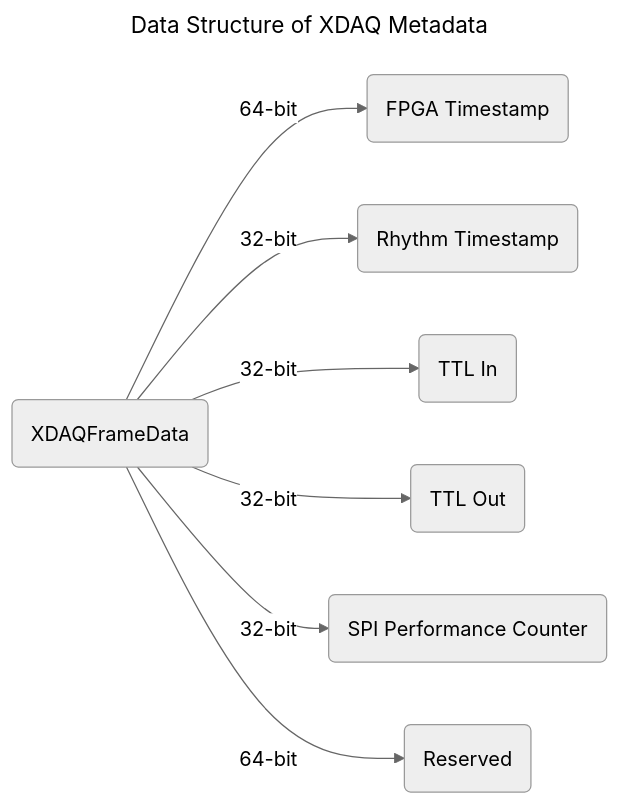
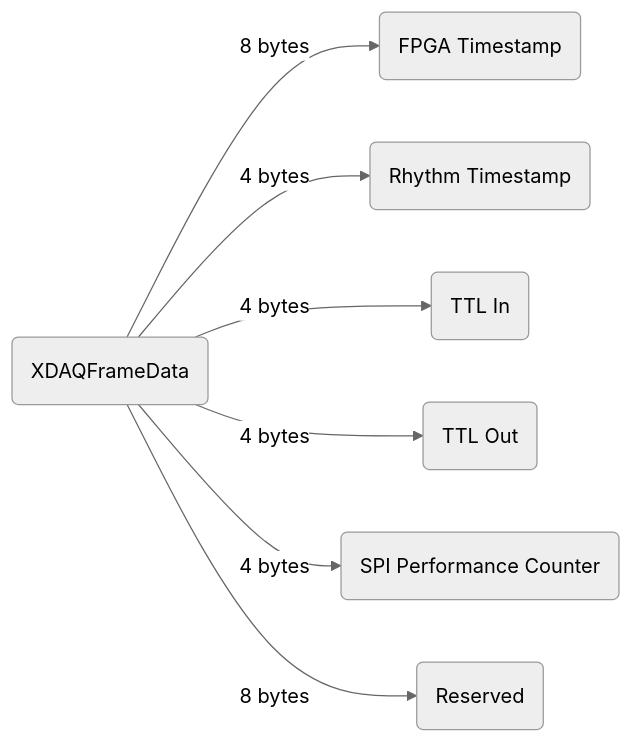
One commit to kontex-neuro/ThorVision changed the first of 2 diagrams in docs/docs/xdaq-metadata.md. Above: the diagram before and after it, drawn with Mermaid (neutral theme). The commit also changed other lines of this file and 14 other files, not shown here.

````diff
--- a/docs/docs/xdaq-metadata.md
+++ b/docs/docs/xdaq-metadata.md
@@ -3,13 +5,10 @@
 ```mermaid
----
-title: Data Structure of XDAQ Metadata
----
 graph LR;
     A(XDAQFrameData);
-    A -->|64-bit| B(FPGA Timestamp);
-    A -->|32-bit| C(Rhythm Timestamp);
-    A -->|32-bit| D(TTL In);
-    A -->|32-bit| E(TTL Out);
-    A -->|32-bit| F(SPI Performance Counter);
-    A -->|64-bit| G(Reserved);
+    A -->|8 bytes| B(FPGA Timestamp);
+    A -->|4 bytes| C(Rhythm Timestamp);
+    A -->|4 bytes| D(TTL In);
+    A -->|4 bytes| E(TTL Out);
+    A -->|4 bytes| F(SPI Performance Counter);
+    A -->|8 bytes| G(Reserved);
 ```
````
